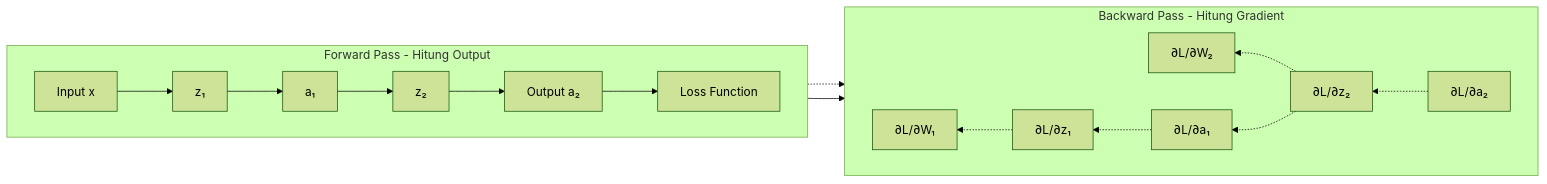
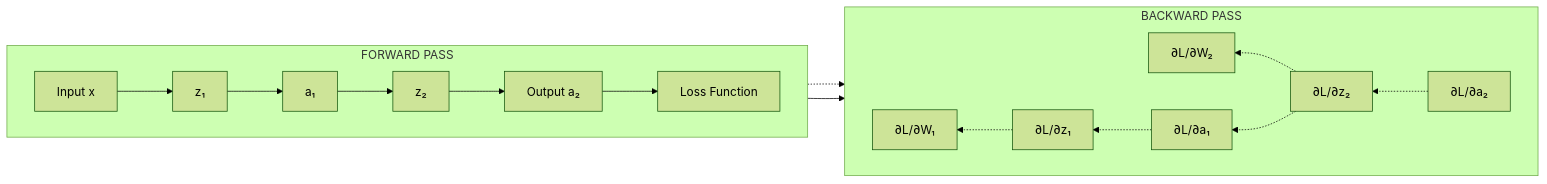
Before and after one commit to antonprafanto/dasarAI2026: the sixth of 8 diagrams in bab-08-neural-network.md, drawn with Mermaid (forest theme). The commit also changed other lines of this file, not shown here.

````diff
--- a/bab-08-neural-network.md
+++ b/bab-08-neural-network.md
@@ -383,19 +383,19 @@
 ```mermaid
 graph LR
-    subgraph Forward_Pass ["Forward Pass - Hitung Output"]
+    subgraph Forward_Pass ["FORWARD PASS"]
         direction LR
         x[Input x] --> z1[z₁] --> a1[a₁] --> z2[z₂] --> a2[Output a₂] --> L[Loss Function]
     end
 
-    subgraph Backward_Pass ["Backward Pass - Hitung Gradient"]
+    subgraph Backward_Pass ["BACKWARD PASS"]
         direction RL
         L -.-> da2[∂L/∂a₂]
         da2 -.-> dz2[∂L/∂z₂]
         dz2 -.-> dW2[∂L/∂W₂] & da1[∂L/∂a₁]
 
         da1 -.-> dz1[∂L/∂z₁]
         dz1 -.-> dW1[∂L/∂W₁]
     end
 
     Forward_Pass --> Backward_Pass
 ```
````
